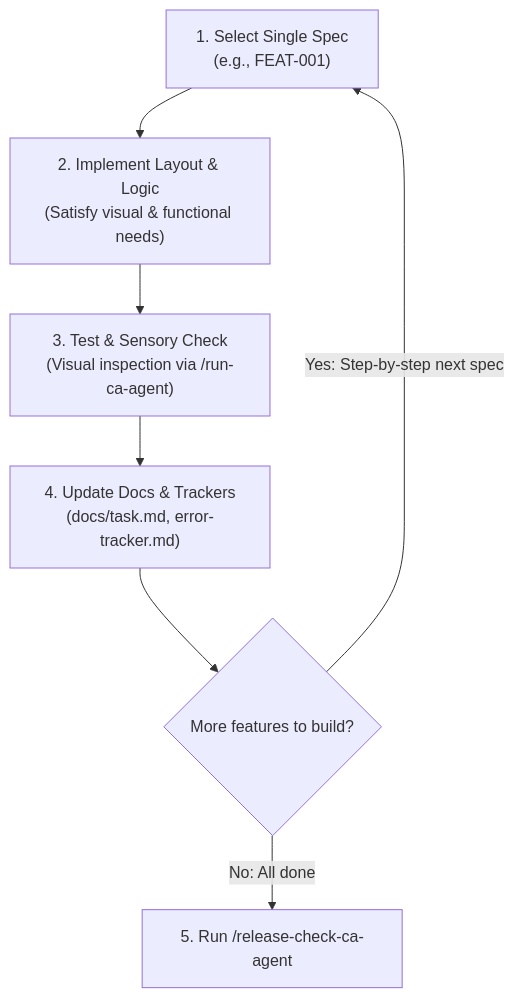
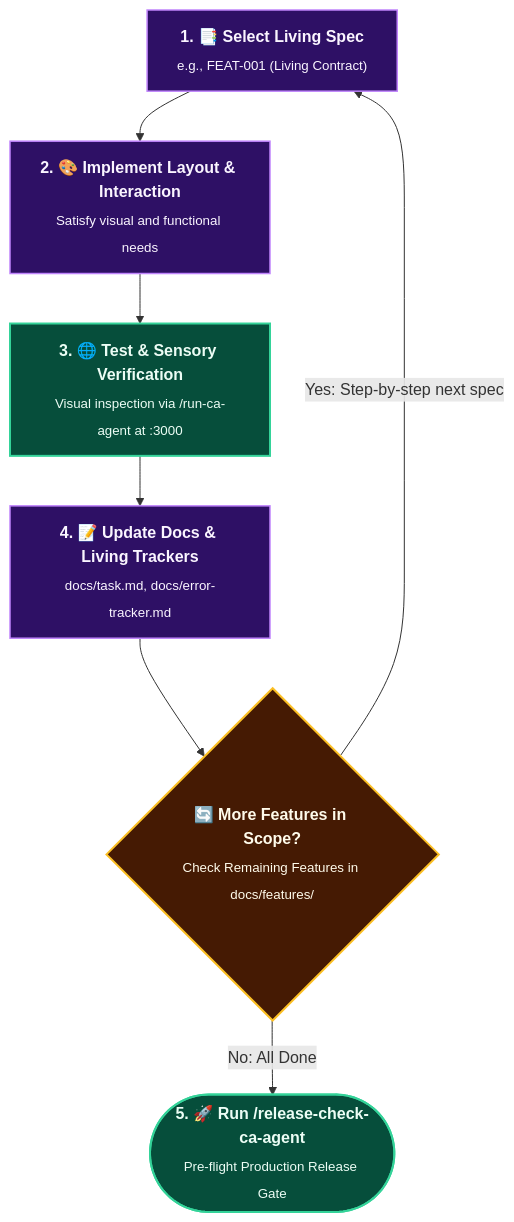
The second of 3 diagrams in Vibe-Coding-Chandan-Adhikary/Vibe-Coding/docs/features/README.md (rmsofficialsyt/Agentic-AI-Vibe-Coding-AND-SDD-TDD-Codebase-Chandan-Adhikary), drawn with Mermaid before and after one commit. The commit also changed other lines of this file and 23 other files, not shown here.

Commit message:
docs: redesign diagrams to Eraser.io visual style and regenerate MANIFEST.json

````diff
--- a/Vibe-Coding-Chandan-Adhikary/Vibe-Coding/docs/features/README.md
+++ b/Vibe-Coding-Chandan-Adhikary/Vibe-Coding/docs/features/README.md
@@ -50,9 +55,13 @@
 ```mermaid
 flowchart TD
-    SelectSpec["1. Select Single Spec<br/>(e.g., FEAT-001)"] --> ScaffoldCode["2. Implement Layout & Logic<br/>(Satisfy visual & functional needs)"]
-    ScaffoldCode --> LiveVerify["3. Test & Sensory Check<br/>(Visual inspection via /run-ca-agent)"]
-    LiveVerify --> UpdateDocs["4. Update Docs & Trackers<br/>(docs/task.md, error-tracker.md)"]
-    UpdateDocs --> NextSpec{"More features to build?"}
+    classDef step fill:#2e1065,stroke:#c084fc,stroke-width:1.5px,color:#faf5ff;
+    classDef sensory fill:#064e3b,stroke:#34d399,stroke-width:2px,color:#ecfdf5;
+    classDef gate fill:#451a03,stroke:#fbbf24,stroke-width:2px,color:#fffbeb;
+
+    SelectSpec["<b>1. 📑 Select Living Spec</b><br/><sub>e.g., FEAT-001 (Living Contract)</sub>"]:::step --> ScaffoldCode["<b>2. 🎨 Implement Layout & Interaction</b><br/><sub>Satisfy visual and functional needs</sub>"]:::step
+    ScaffoldCode --> LiveVerify["<b>3. 🌐 Test & Sensory Verification</b><br/><sub>Visual inspection via /run-ca-agent at :3000</sub>"]:::sensory
+    LiveVerify --> UpdateDocs["<b>4. 📝 Update Docs & Living Trackers</b><br/><sub>docs/task.md, docs/error-tracker.md</sub>"]:::step
+    UpdateDocs --> NextSpec{"<b>🔄 More Features in Scope?</b><br/><sub>Check Remaining Features in docs/features/</sub>"}:::gate
     NextSpec -->|"Yes: Step-by-step next spec"| SelectSpec
-    NextSpec -->|"No: All done"| FinalAudit["5. Run /release-check-ca-agent"]
+    NextSpec -->|"No: All Done"| FinalAudit(["<b>5. 🚀 Run /release-check-ca-agent</b><br/><sub>Pre-flight Production Release Gate</sub>"]):::sensory
 ```
````
